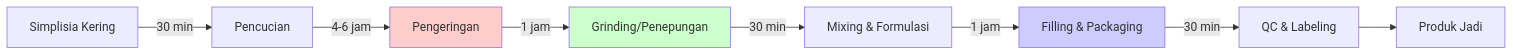
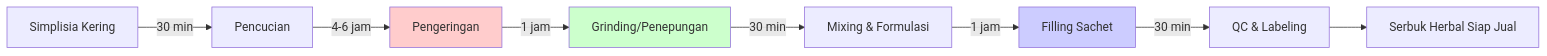
Before and after one commit to satyaaditech/mini-factory-cpotb: the second of 6 diagrams in brainstorming_mini_factory.md, drawn with Mermaid. The commit also changed other lines of this file and 1 other file, not shown here.

````diff
--- a/brainstorming_mini_factory.md
+++ b/brainstorming_mini_factory.md
@@ -104,14 +108,14 @@
 ```mermaid
 graph LR
     A[Simplisia Kering] -->|30 min| B[Pencucian]
     B -->|4-6 jam| C[Pengeringan]
     C -->|1 jam| D[Grinding/Penepungan]
     D -->|30 min| E[Mixing & Formulasi]
-    E -->|1 jam| F[Filling & Packaging]
+    E -->|1 jam| F[Filling Sachet]
     F -->|30 min| G[QC & Labeling]
-    G --> H[Produk Jadi]
+    G --> H[Serbuk Herbal Siap Jual]
     
     style C fill:#ffcccc
     style D fill:#ccffcc
     style F fill:#ccccff
 ```
````
